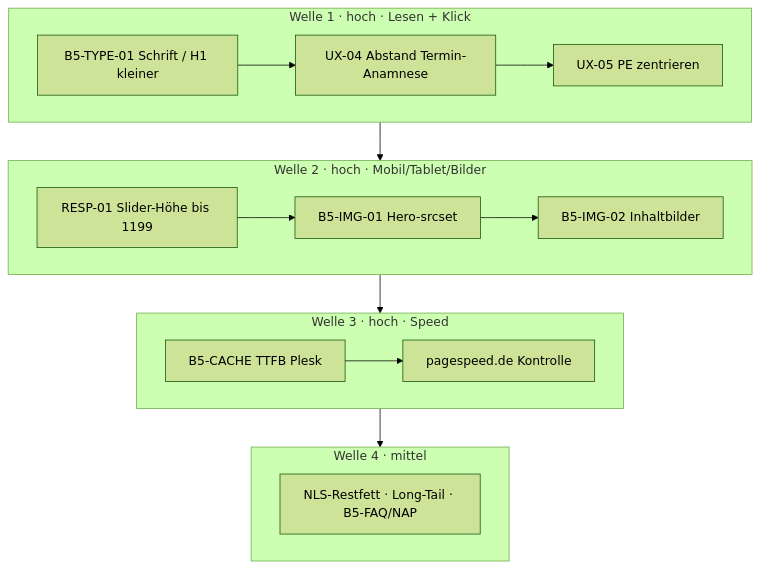
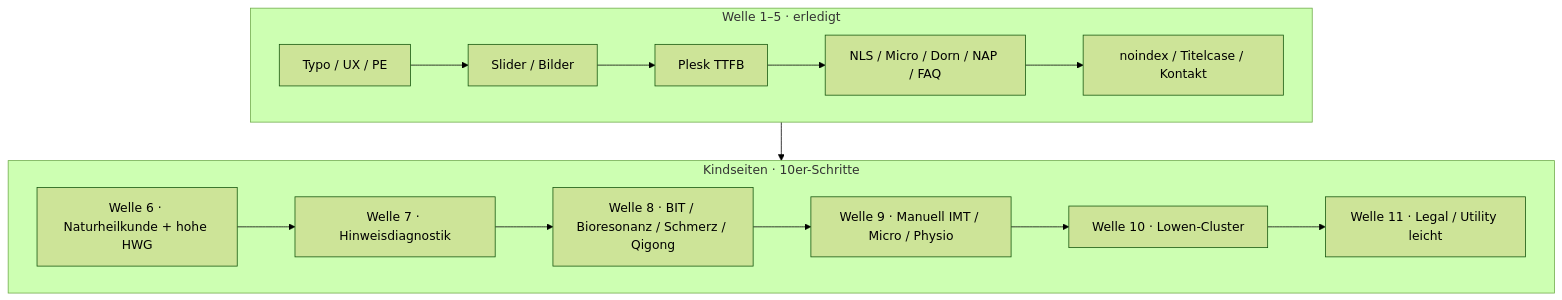
One commit to redshift-three67/naturheilpraxis-eeat changed the diagram in docs/PLAN.md. Above: the diagram before and after it, drawn with Mermaid (forest theme). The commit also changed other lines of this file and 1 other file, not shown here.

First line of the commit message:
docs: Kindseiten-Plan Welle 6–11 in 10er-Schritten

````diff
--- a/docs/PLAN.md
+++ b/docs/PLAN.md
@@ -133,24 +83,21 @@
 ```mermaid
 flowchart TB
-  subgraph W1["Welle 1 · hoch · Lesen + Klick"]
-    T["B5-TYPE-01 Schrift / H1 kleiner"]
-    U4["UX-04 Abstand Termin-Anamnese"]
-    U5["UX-05 PE zentrieren"]
-    T --> U4 --> U5
+  subgraph done["Welle 1–5 · erledigt"]
+    W1["Typo / UX / PE"]
+    W2["Slider / Bilder"]
+    W3["Plesk TTFB"]
+    W4["NLS / Micro / Dorn / NAP / FAQ"]
+    W5["noindex / Titelcase / Kontakt"]
+    W1 --> W2 --> W3 --> W4 --> W5
   end
-  subgraph W2["Welle 2 · hoch · Mobil/Tablet/Bilder"]
-    R["RESP-01 Slider-Höhe bis 1199"]
-    I1["B5-IMG-01 Hero-srcset"]
-    I2["B5-IMG-02 Inhaltbilder"]
-    R --> I1 --> I2
+  subgraph next["Kindseiten · 10er-Schritte"]
+    W6["Welle 6 · Naturheilkunde + hohe HWG"]
+    W7["Welle 7 · Hinweisdiagnostik"]
+    W8["Welle 8 · BIT / Bioresonanz / Schmerz / Qigong"]
+    W9["Welle 9 · Manuell IMT / Micro / Physio"]
+    W10["Welle 10 · Lowen-Cluster"]
+    W11["Welle 11 · Legal / Utility leicht"]
+    W6 --> W7 --> W8 --> W9 --> W10 --> W11
   end
-  subgraph W3["Welle 3 · hoch · Speed"]
-    C["B5-CACHE TTFB Plesk"]
-    P["pagespeed.de Kontrolle"]
-    C --> P
-  end
-  subgraph W4["Welle 4 · mittel"]
-    N["NLS-Restfett · Long-Tail · B5-FAQ/NAP"]
-  end
-  W1 --> W2 --> W3 --> W4
+  done --> next
 ```
````
